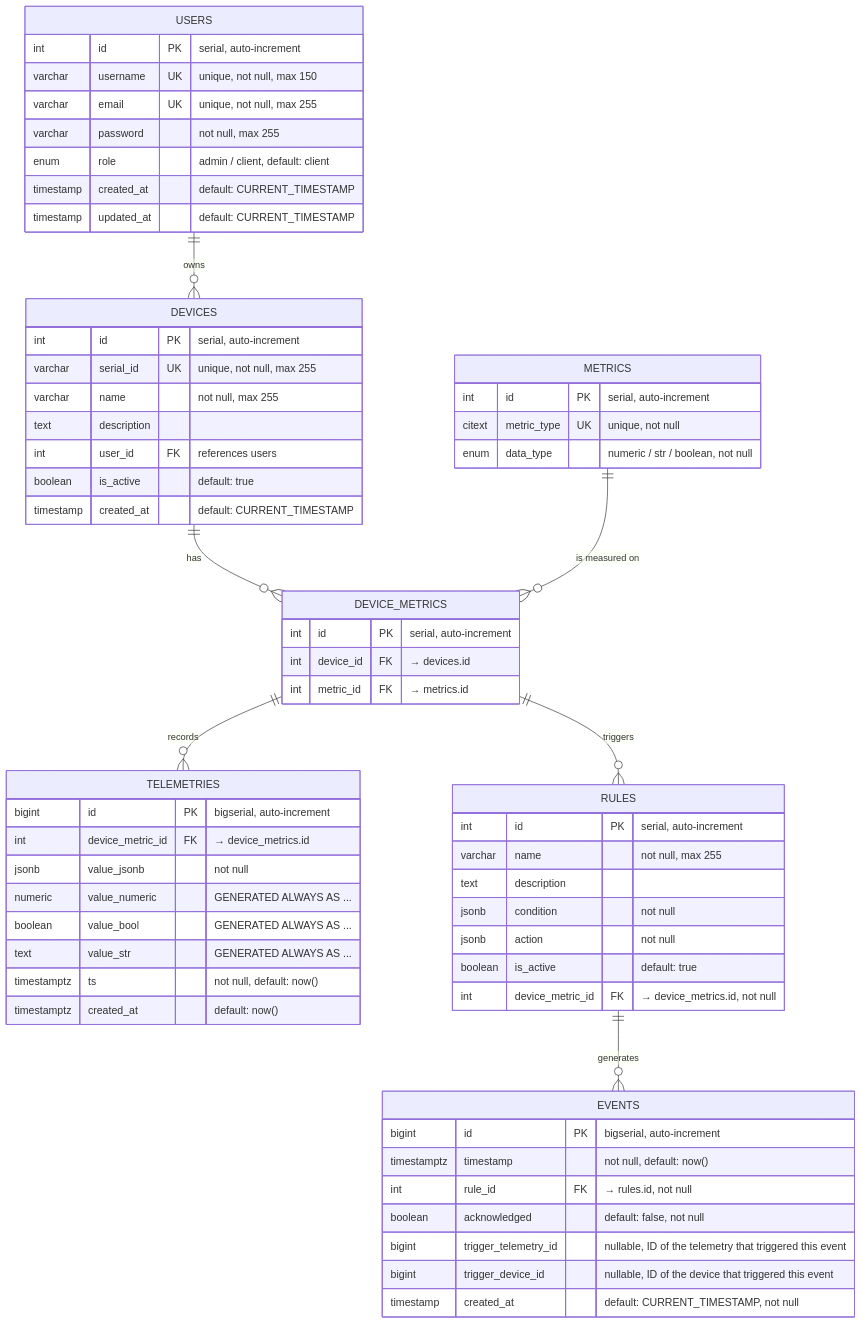
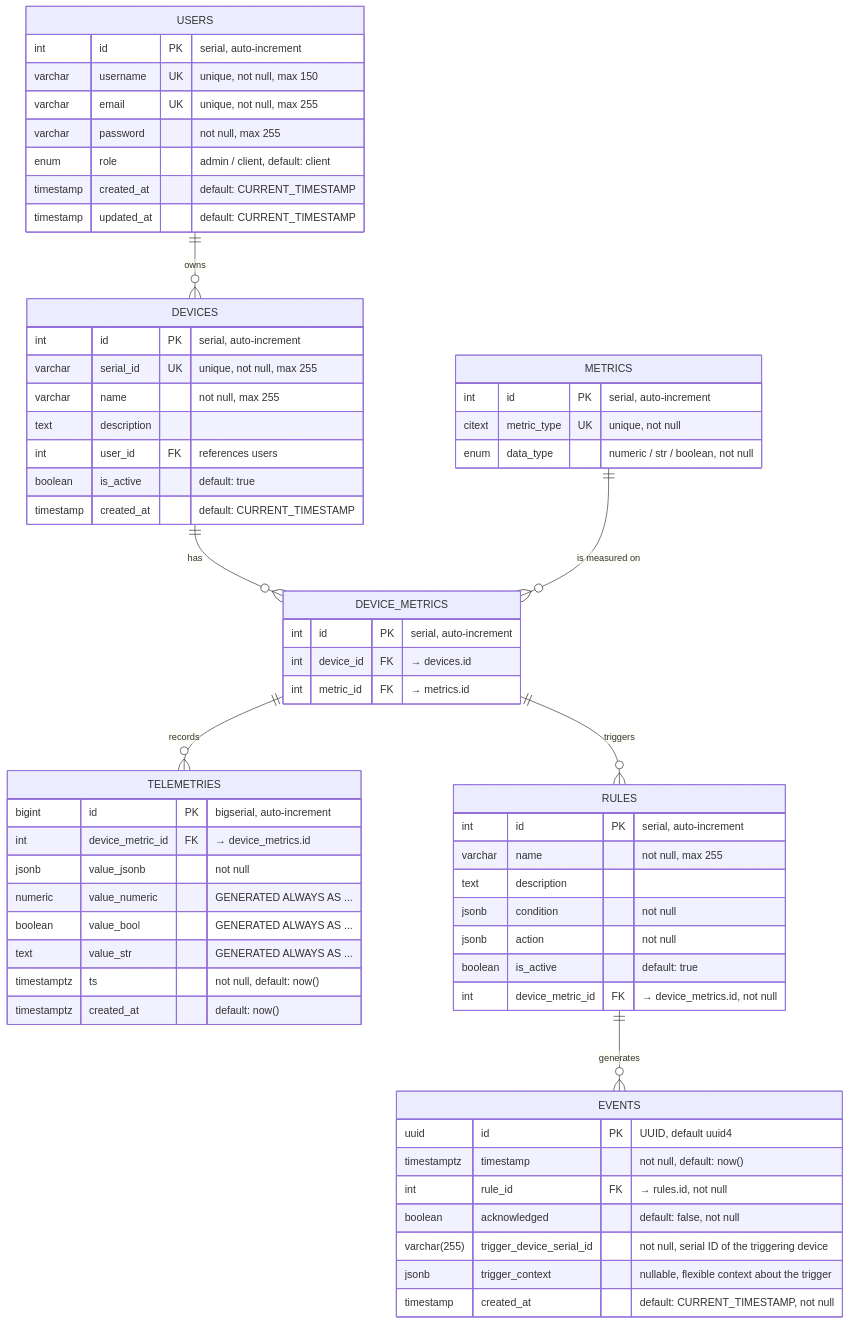
The diagram in docs/schema.md (Project-Stage-Academy/IoT-Hub-bravo), drawn with Mermaid before and after one commit. The commit also changed other lines of this file and 27 other files, not shown here.

````diff
--- a/docs/schema.md
+++ b/docs/schema.md
@@ -14,72 +14,72 @@
 ```mermaid
 erDiagram
     USERS ||--o{ DEVICES          : "owns"
     DEVICES ||--o{ DEVICE_METRICS : "has"
     METRICS ||--o{ DEVICE_METRICS : "is measured on"
     DEVICE_METRICS ||--o{ TELEMETRIES     : "records"
     DEVICE_METRICS ||--o{ RULES           : "triggers"
     RULES          ||--o{ EVENTS          : "generates"
 
     USERS {
         int      id          PK "serial, auto-increment"
         varchar  username    UK "unique, not null, max 150"
         varchar  email       UK "unique, not null, max 255"
         varchar  password    "not null, max 255"
         enum     role        "admin / client, default: client"
         timestamp created_at "default: CURRENT_TIMESTAMP"
         timestamp updated_at "default: CURRENT_TIMESTAMP"
     }
 
     DEVICES {
         int      id          PK "serial, auto-increment"
         varchar  serial_id   UK "unique, not null, max 255"
         varchar  name        "not null, max 255"
         text     description
         int      user_id     FK "references users"
         boolean  is_active   "default: true"
         timestamp created_at "default: CURRENT_TIMESTAMP"
     }
 
     METRICS {
         int    id         PK "serial, auto-increment"
         citext metric_type UK "unique, not null"
         enum   data_type   "numeric / str / boolean, not null"
     }
 
     DEVICE_METRICS {
         int id          PK "serial, auto-increment"
         int device_id   FK "→ devices.id"
         int metric_id   FK "→ metrics.id"
     }
 
     TELEMETRIES {
         bigint      id               PK "bigserial, auto-increment"
         int         device_metric_id FK "→ device_metrics.id"
         jsonb       value_jsonb      "not null"
         numeric     value_numeric    "GENERATED ALWAYS AS ..."
         boolean     value_bool       "GENERATED ALWAYS AS ..."
         text        value_str        "GENERATED ALWAYS AS ..."
         timestamptz ts               "not null, default: now()"
         timestamptz created_at       "default: now()"
     }
 
     RULES {
         int     id                PK "serial, auto-increment"
         varchar name              "not null, max 255"
         text    description
         jsonb   condition         "not null"
         jsonb   action            "not null"
         boolean is_active         "default: true"
         int     device_metric_id  FK "→ device_metrics.id, not null"
     }
 
     EVENTS {
-      bigint      id                    PK "bigserial, auto-increment"
-      timestamptz  timestamp             "not null, default: now()"
-      int          rule_id               FK "→ rules.id, not null"
-      boolean      acknowledged          "default: false, not null"
-      bigint       trigger_telemetry_id  "nullable, ID of the telemetry that triggered this event"
-      bigint       trigger_device_id     "nullable, ID of the device that triggered this event"
-      timestamp    created_at            "default: CURRENT_TIMESTAMP, not null"
+      uuid         id                         PK "UUID, default uuid4"
+      timestamptz  timestamp                  "not null, default: now()"
+      int          rule_id                    FK "→ rules.id, not null"
+      boolean      acknowledged               "default: false, not null"
+      varchar(255) trigger_device_serial_id   "not null, serial ID of the triggering device"
+      jsonb        trigger_context            "nullable, flexible context about the trigger"
+      timestamp    created_at                 "default: CURRENT_TIMESTAMP, not null"
     }
 ```
````
